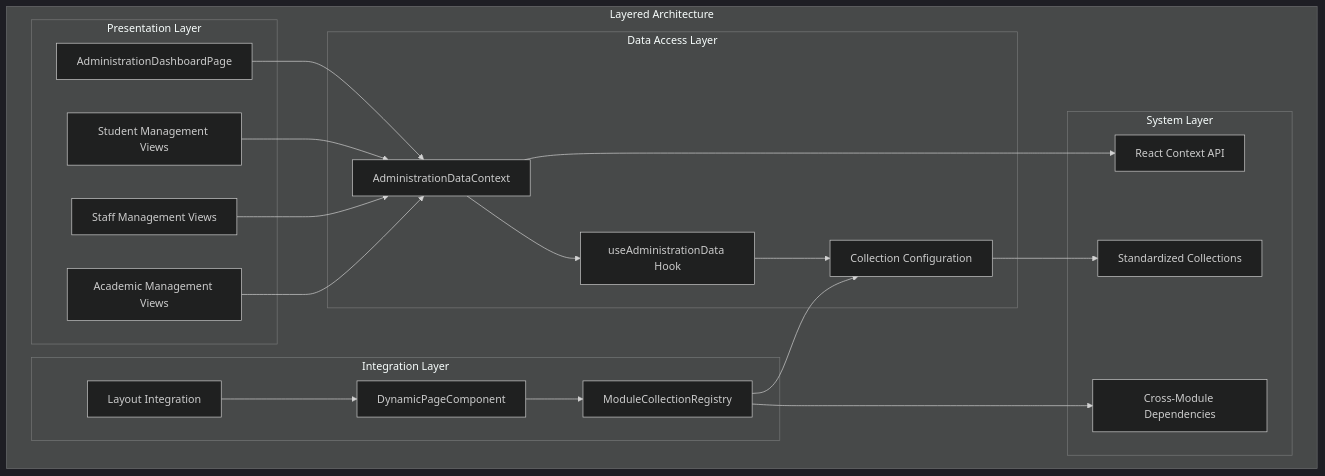
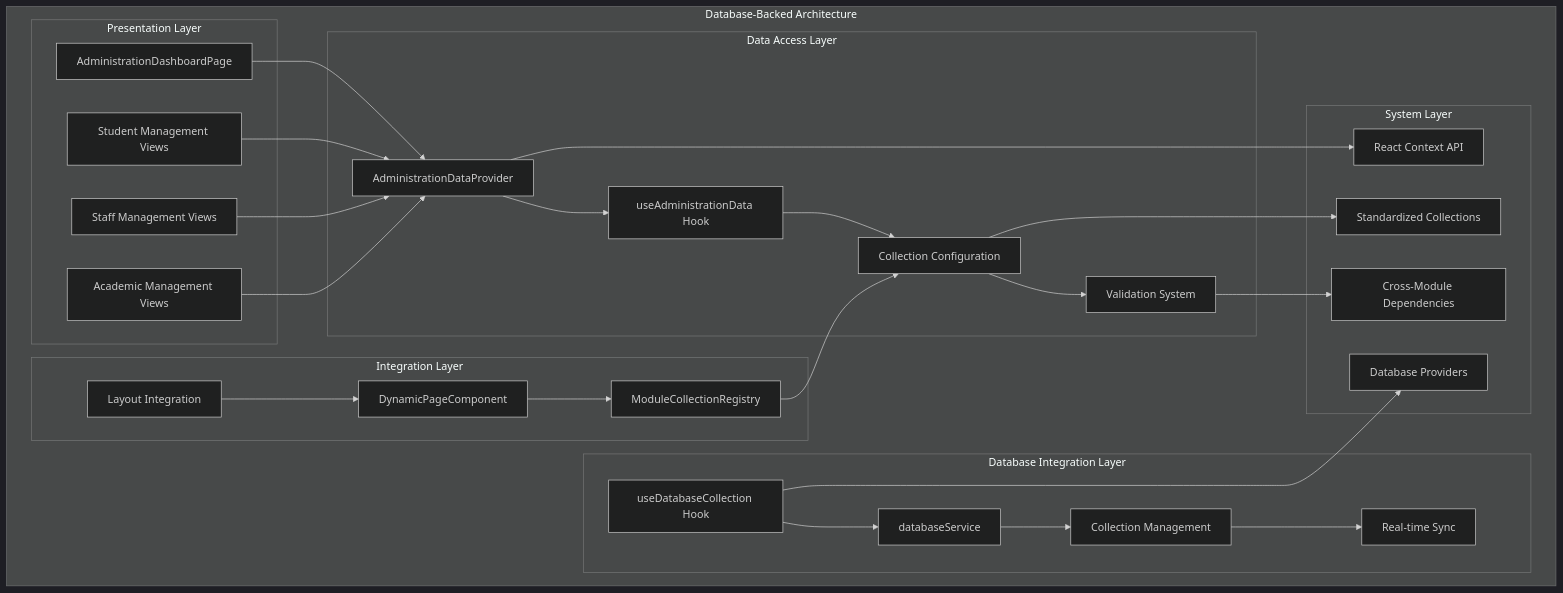
The second of 8 diagrams in .qoder/repowiki/en/content/Modules System/Administration Module.md (geniusdynamics/schoolpilot), drawn with Mermaid (dark theme) before and after one commit. The commit also changed other lines of this file and 16 other files, not shown here.

````diff
--- a/.qoder/repowiki/en/content/Modules System/Administration Module.md
+++ b/.qoder/repowiki/en/content/Modules System/Administration Module.md
@@ -91,38 +130,51 @@
 ```mermaid
 graph TB
-subgraph "Layered Architecture"
+subgraph "Database-Backed Architecture"
 subgraph "Presentation Layer"
 A[AdministrationDashboardPage]
 B[Student Management Views]
 C[Staff Management Views]
 D[Academic Management Views]
 end
 subgraph "Data Access Layer"
-E[AdministrationDataContext]
+E[AdministrationDataProvider]
 F[useAdministrationData Hook]
 G[Collection Configuration]
+H[Validation System]
+end
+subgraph "Database Integration Layer"
+I[useDatabaseCollection Hook]
+J[databaseService]
+K[Collection Management]
+L[Real-time Sync]
 end
 subgraph "Integration Layer"
-H[ModuleCollectionRegistry]
-I[DynamicPageComponent]
-J[Layout Integration]
+M[ModuleCollectionRegistry]
+N[DynamicPageComponent]
+O[Layout Integration]
 end
 subgraph "System Layer"
-K[React Context API]
-L[Standardized Collections]
-M[Cross-Module Dependencies]
+P[React Context API]
+Q[Standardized Collections]
+R[Cross-Module Dependencies]
+S[Database Providers]
 end
 end
 A --> E
 B --> E
 C --> E
 D --> E
 E --> F
 F --> G
-H --> G
-I --> H
-J --> I
-E --> K
-G --> L
-H --> M
+G --> H
+I --> J
+J --> K
+K --> L
+M --> G
+N --> M
+O --> N
+E --> P
+G --> Q
+H --> R
+I --> S
 ```
````
